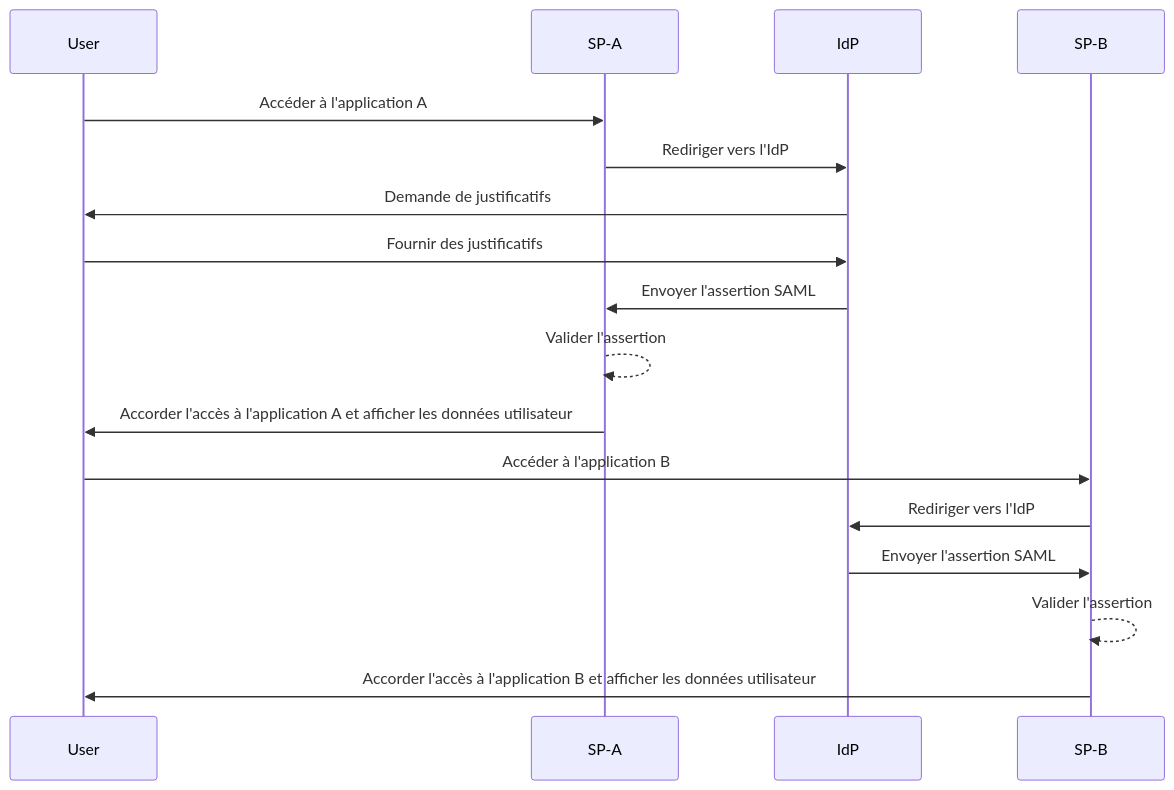
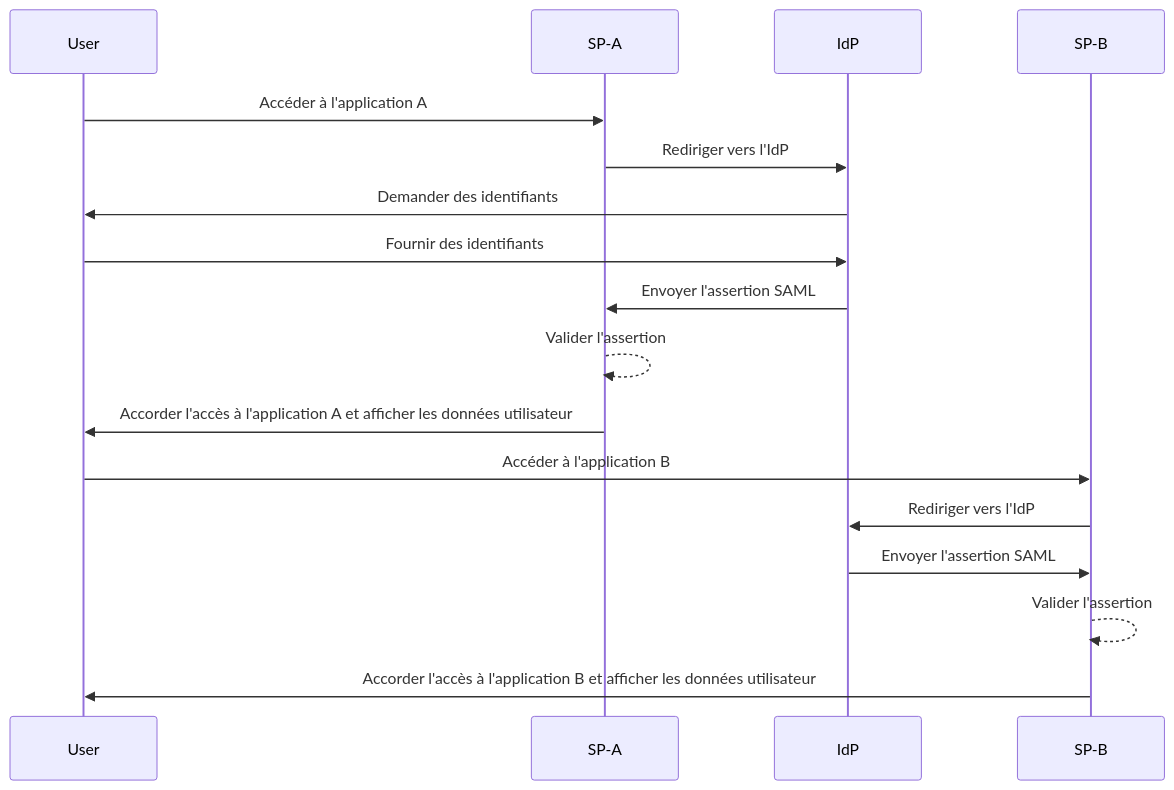
Before and after one commit to logto-io/auth-wiki: the first of 2 diagrams in src/content/terms/fr/single-sign-on.mdx, drawn with Mermaid. The commit also changed other lines of this file and 8 other files, not shown here.

````diff
--- a/src/content/terms/fr/single-sign-on.mdx
+++ b/src/content/terms/fr/single-sign-on.mdx
@@ -29,20 +31,20 @@
 ```mermaid
 sequenceDiagram
     participant User
     participant SP-A
     participant IdP
     participant SP-B
 
     User->>SP-A: Accéder à l'application A
     SP-A->>IdP: Rediriger vers l'IdP
-    IdP->>User: Demande de justificatifs
-    User->>IdP: Fournir des justificatifs
+    IdP->>User: Demander des identifiants
+    User->>IdP: Fournir des identifiants
     IdP->>SP-A: Envoyer l'assertion SAML
     SP-A-->>SP-A: Valider l'assertion
     SP-A->>User: Accorder l'accès à l'application A et afficher les données utilisateur
     User->>SP-B: Accéder à l'application B
     SP-B->>IdP: Rediriger vers l'IdP
     IdP->>SP-B: Envoyer l'assertion SAML
     SP-B-->>SP-B: Valider l'assertion
     SP-B->>User: Accorder l'accès à l'application B et afficher les données utilisateur
 ```
````
